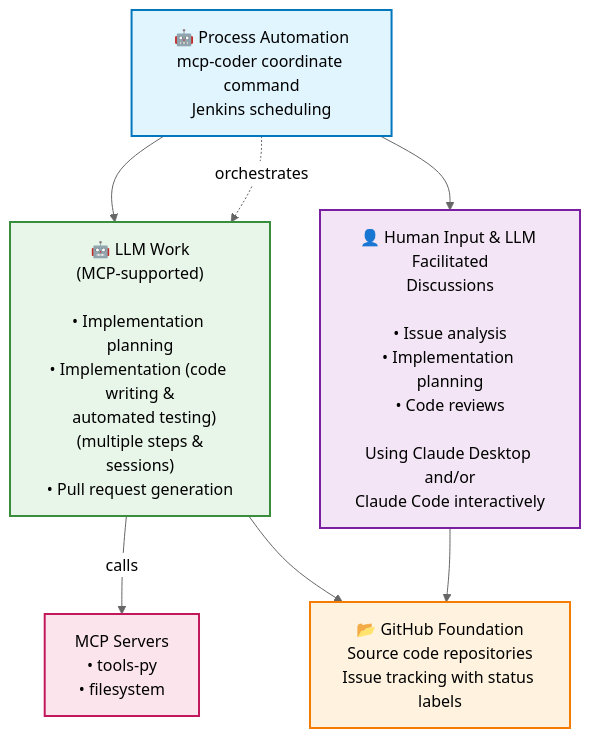
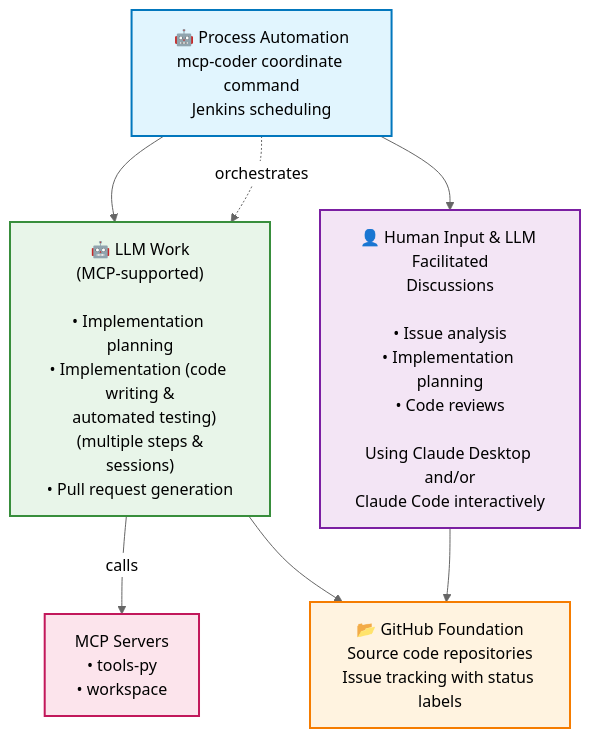
The diagram in README.md (MarcusJellinghaus/mcp_coder), drawn with Mermaid (neutral theme) before and after one commit. The commit also changed other lines of this file and 42 other files, not shown here.

````diff
--- a/README.md
+++ b/README.md
@@ -61,31 +61,31 @@
 ```mermaid
 flowchart TD
     PA["🤖 Process Automation<br/>mcp-coder coordinate command<br/>Jenkins scheduling"]
     
     HI["👤 Human Input & LLM Facilitated<br/>Discussions<br/><br/>• Issue analysis<br/>• Implementation planning<br/>• Code reviews<br/><br/>Using Claude Desktop and/or<br/>Claude Code interactively"]
     
     LW["🤖 LLM Work<br/>(MCP-supported)<br/><br/>• Implementation planning<br/>• Implementation (code writing &<br/>  automated testing)<br/> (multiple steps & sessions)<br/>• Pull request generation"]
     
-    MCP["MCP Servers<br/>• tools-py<br/>• filesystem"]
+    MCP["MCP Servers<br/>• tools-py<br/>• workspace"]
     
     GH["📂 GitHub Foundation<br/>Source code repositories<br/>Issue tracking with status labels"]
     
     PA -.->|orchestrates| LW
     PA --> HI
     PA --> LW
     LW -->|calls| MCP
     HI --> GH
     LW --> GH
     
     classDef automation fill:#e1f5fe,stroke:#0277bd,stroke-width:2px
     classDef human fill:#f3e5f5,stroke:#7b1fa2,stroke-width:2px
     classDef llm fill:#e8f5e9,stroke:#388e3c,stroke-width:2px
     classDef foundation fill:#fff3e0,stroke:#f57c00,stroke-width:2px
     classDef mcp fill:#fce4ec,stroke:#c2185b,stroke-width:2px
     
     class PA automation
     class HI human
     class LW llm
     class GH foundation
     class MCP mcp
 ```
````
